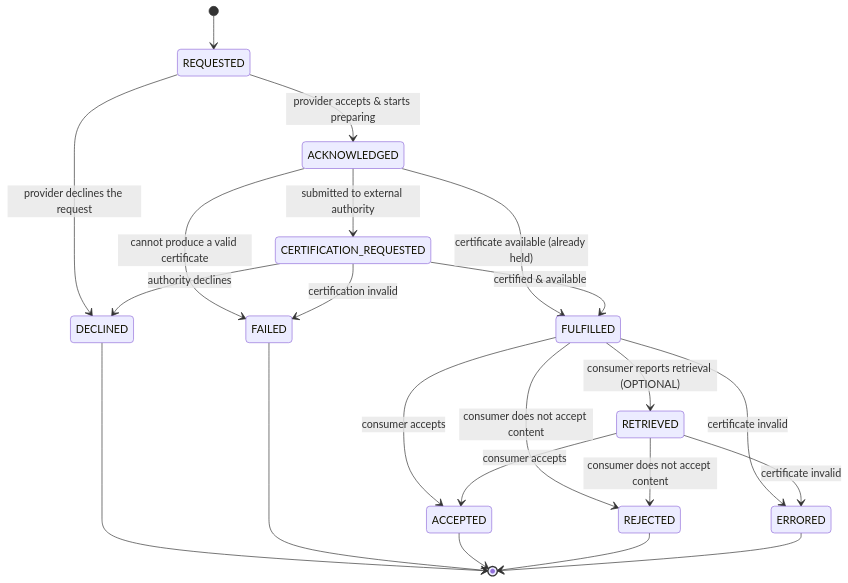
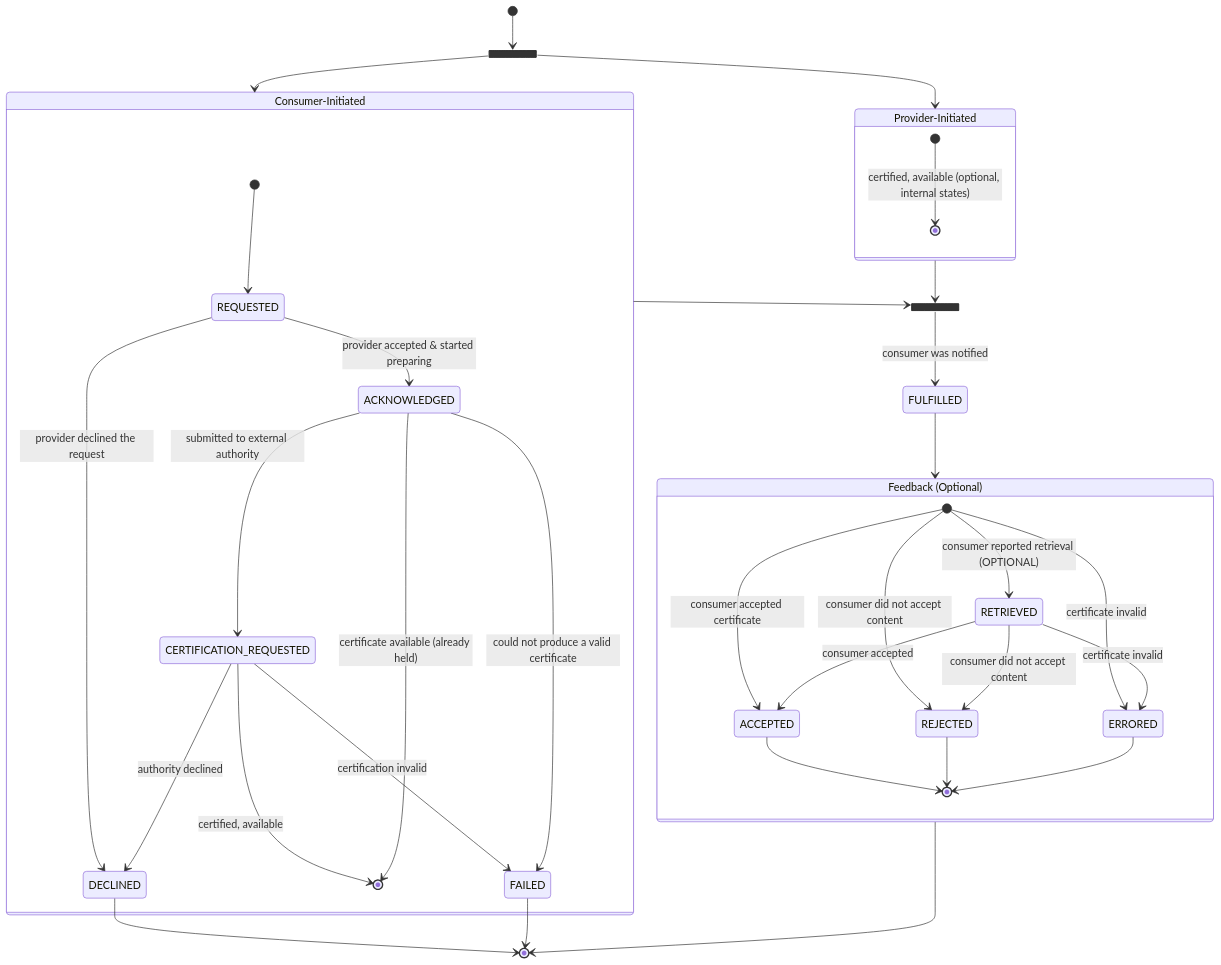
Before and after one commit to catenax-eV/catenax-ev.github.io: the first of 2 diagrams in docs/standards/CX-0135-CompanyCertificateManagement/CX-0135-CompanyCertificateManagement-combined.md, drawn with Mermaid. The commit also changed other lines of this file and 2 other files, not shown here.

````diff
--- a/docs/standards/CX-0135-CompanyCertificateManagement/CX-0135-CompanyCertificateManagement-combined.md
+++ b/docs/standards/CX-0135-CompanyCertificateManagement/CX-0135-CompanyCertificateManagement-combined.md
@@ -118,24 +142,50 @@
 ```mermaid
 stateDiagram-v2
-    [*] --> REQUESTED
-    REQUESTED --> ACKNOWLEDGED: provider accepts & starts preparing
-    REQUESTED --> DECLINED: provider declines the request
-    ACKNOWLEDGED --> CERTIFICATION_REQUESTED: submitted to external authority
-    ACKNOWLEDGED --> FULFILLED: certificate available (already held)
-    ACKNOWLEDGED --> FAILED: cannot produce a valid certificate
-    CERTIFICATION_REQUESTED --> FULFILLED: certified & available
-    CERTIFICATION_REQUESTED --> DECLINED: authority declines
-    CERTIFICATION_REQUESTED --> FAILED: certification invalid
-    FULFILLED --> RETRIEVED: consumer reports retrieval (OPTIONAL)
-    FULFILLED --> ACCEPTED: consumer accepts
-    FULFILLED --> REJECTED: consumer does not accept content
-    FULFILLED --> ERRORED: certificate invalid
-    RETRIEVED --> ACCEPTED: consumer accepts
-    RETRIEVED --> REJECTED: consumer does not accept content
-    RETRIEVED --> ERRORED: certificate invalid
+    state fork_state <<fork>>
+        [*] --> fork_state
+        fork_state --> ConsumerInitiated
+        fork_state --> ProviderInitiated
+
+        ConsumerInitiated: Consumer-Initiated
+        state ConsumerInitiated {
+            [*] --> REQUESTED
+            REQUESTED --> ACKNOWLEDGED: provider accepted & started preparing
+            REQUESTED --> DECLINED: provider declined the request
+            CERTIFICATION_REQUESTED --> [*]: certified, available
+            ACKNOWLEDGED --> CERTIFICATION_REQUESTED: submitted to external authority
+            ACKNOWLEDGED --> [*]: certificate available (already held)
+            CERTIFICATION_REQUESTED --> DECLINED: authority declined
+            CERTIFICATION_REQUESTED --> FAILED: certification invalid
+            ACKNOWLEDGED --> FAILED: could not produce a valid certificate
+        }
+
+        ProviderInitiated: Provider-Initiated
+        state ProviderInitiated {
+            [*] --> [*]: certified, available (optional, internal states)
+        }
+        
+    state join_state <<join>>
+        ConsumerInitiated --> join_state
+        ProviderInitiated --> join_state
+        join_state --> FULFILLED: consumer was notified
+    
+    FULFILLED --> Feedback
+        
+    Feedback: Feedback (Optional)
+    state Feedback {
+      [*] --> RETRIEVED: consumer reported retrieval (OPTIONAL)
+      [*] --> ACCEPTED: consumer accepted certificate
+      [*] --> REJECTED: consumer did not accept content
+      [*] --> ERRORED: certificate invalid
+      RETRIEVED --> ACCEPTED: consumer accepted
+      RETRIEVED --> REJECTED: consumer did not accept content
+      RETRIEVED --> ERRORED: certificate invalid
+      ACCEPTED --> [*]
+      REJECTED --> [*]
+      ERRORED --> [*]
+    }
+
     DECLINED --> [*]
     FAILED --> [*]
-    ACCEPTED --> [*]
-    REJECTED --> [*]
-    ERRORED --> [*]
+    Feedback --> [*]
 ```
````
